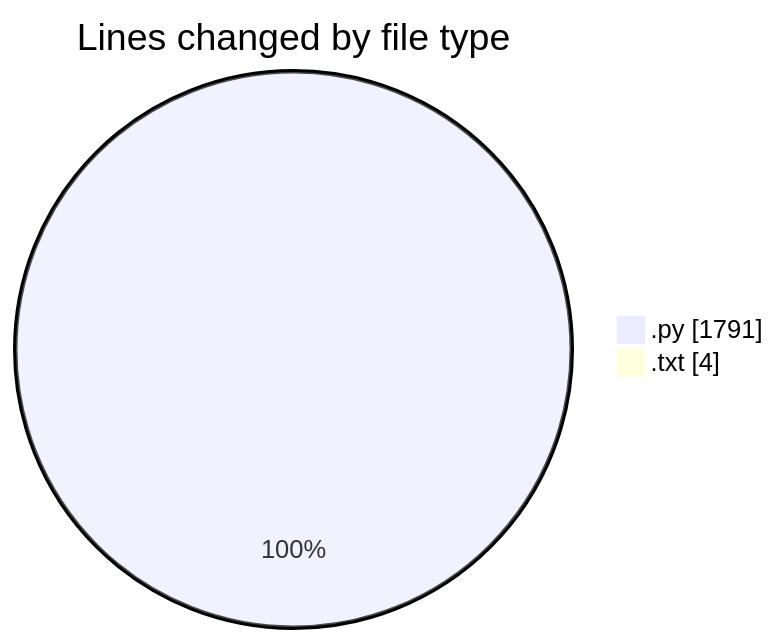
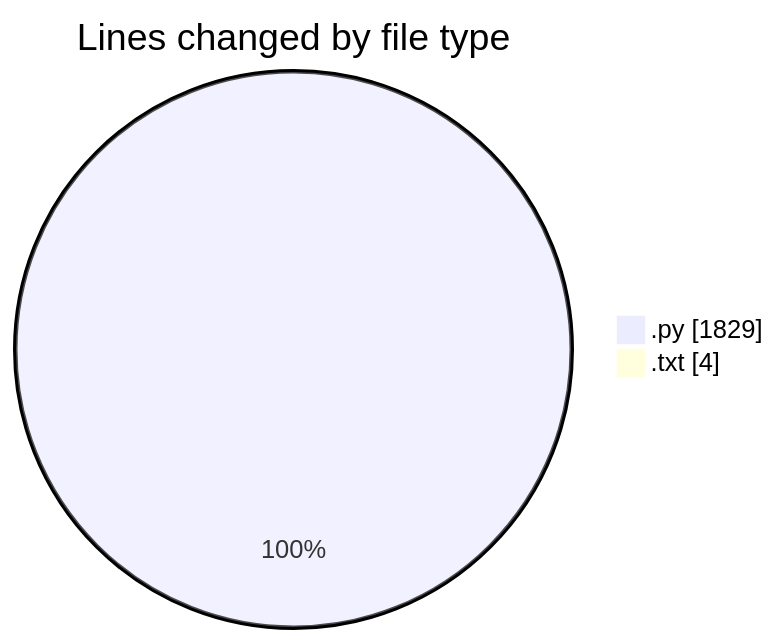
The first of 2 diagrams in 2025-06-01/video_app/README.md (CELIANVF/code-tracking), drawn with Mermaid before and after one commit. The commit also changed other lines of this file and 1 other file, not shown here.

````diff
--- a/2025-06-01/video_app/README.md
+++ b/2025-06-01/video_app/README.md
@@ -26,6 +26,6 @@
 ```mermaid
 pie showData
 title Lines changed by file type
-".py" : 1791
+".py" : 1829
 ".txt" : 4
 ```
````
